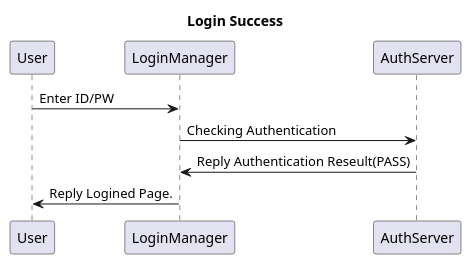
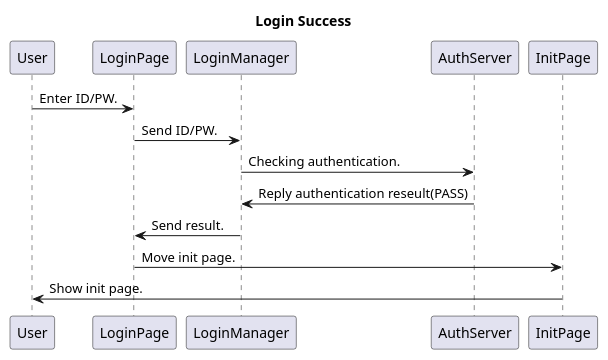
Before and after one commit to 2bellwater/EMO_USE_CASE: the diagram in UC_LOGIN_SUCCESS.wsd, drawn with PlantUML. The commit also changed 2 other files, not shown here.

```diff
--- a/UC_LOGIN_SUCCESS.wsd
+++ b/UC_LOGIN_SUCCESS.wsd
@@ -1,7 +1,10 @@
 @startuml
 title Login Success
-User  -> LoginManager : Enter ID/PW
-LoginManager -> AuthServer : Checking Authentication
-AuthServer -> LoginManager : Reply Authentication Reseult(PASS)
-LoginManager -> User : Reply Logined Page.
+User  -> LoginPage : Enter ID/PW.
+LoginPage -> LoginManager : Send ID/PW.
+LoginManager -> AuthServer : Checking authentication.
+AuthServer -> LoginManager : Reply authentication reseult(PASS)
+LoginManager -> LoginPage : Send result.
+LoginPage -> InitPage : Move init page.
+InitPage -> User : Show init page.
 @enduml
```
